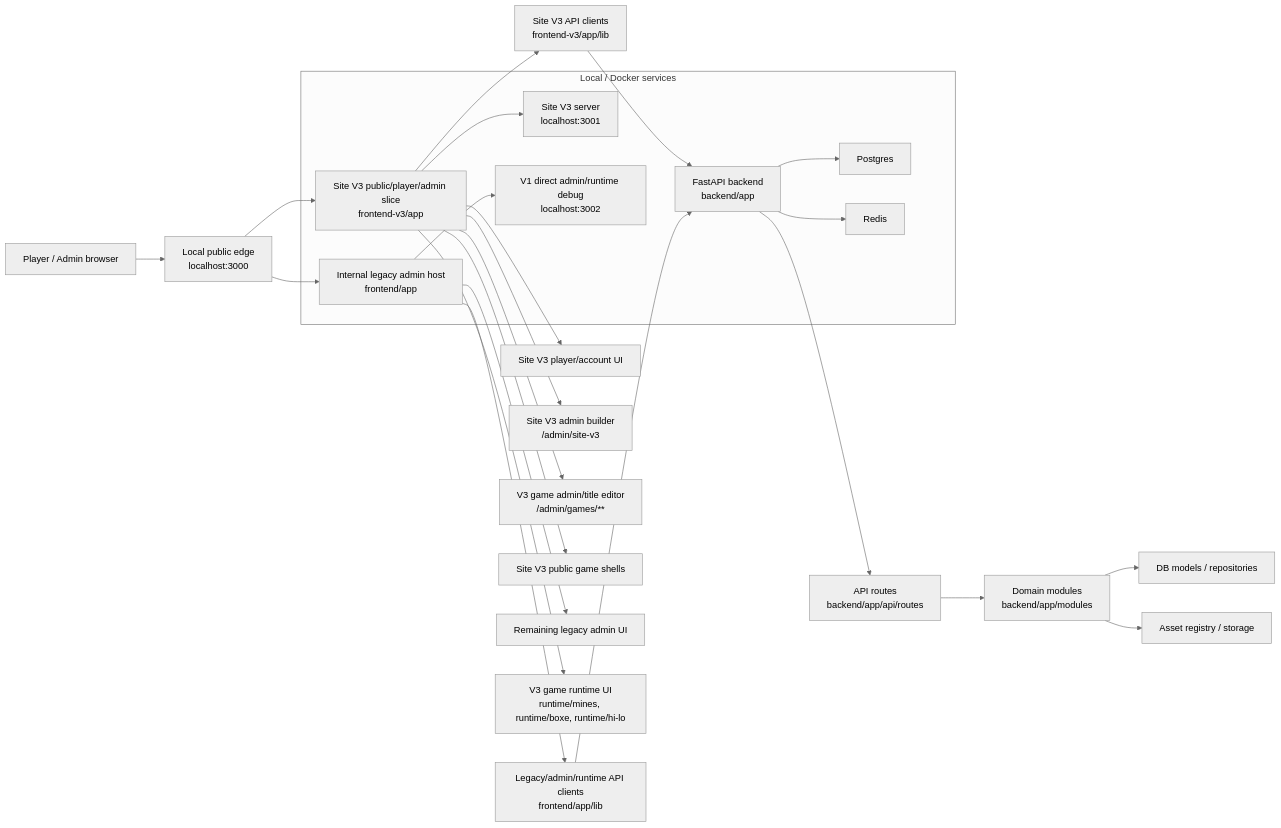
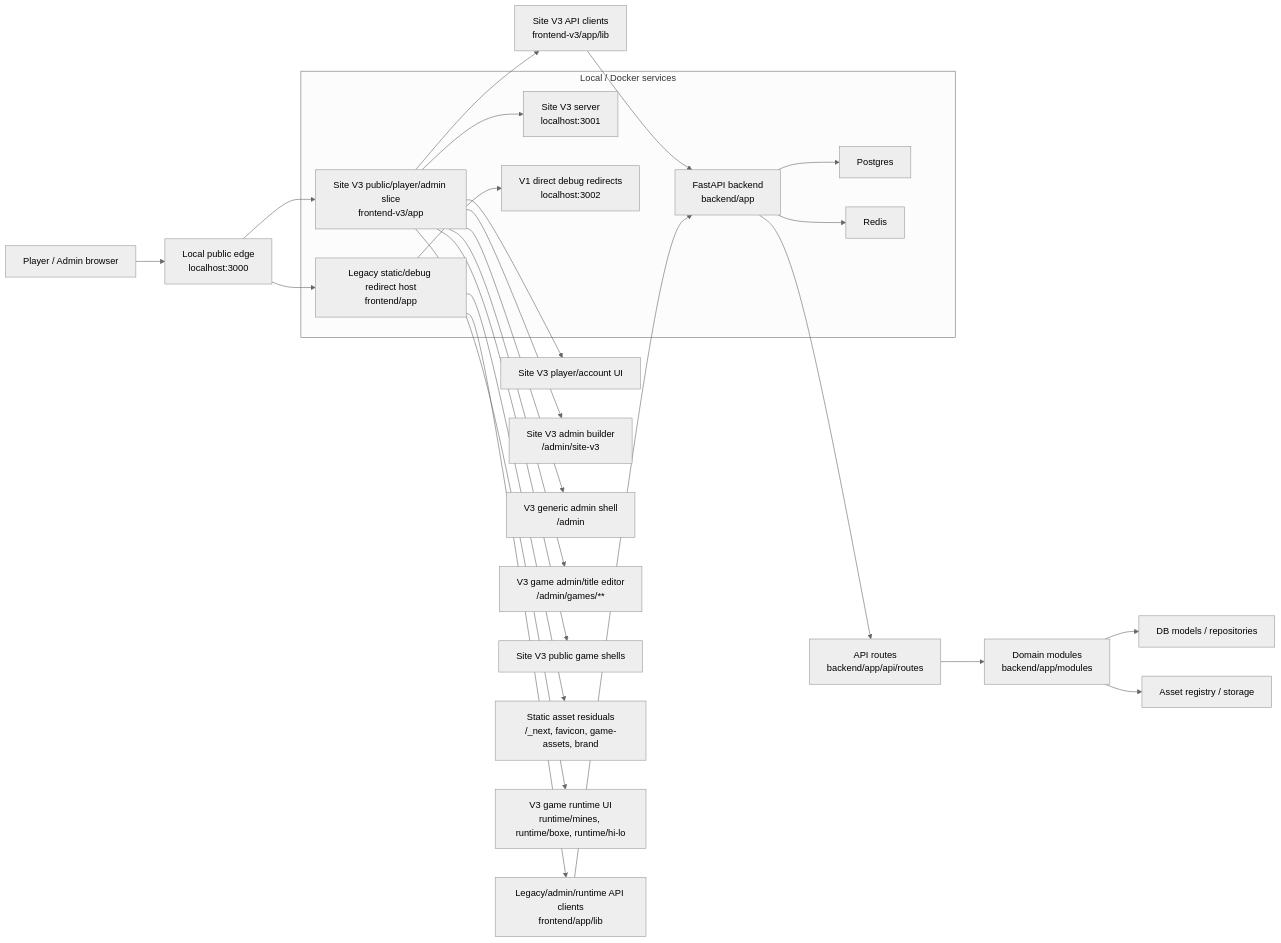
One commit to moromike/casinoking-platform changed the first of 11 diagrams in docs/CODE_ARCHITECTURE_MERMAID_MAP_2026-05-22.md. Above: the diagram before and after it, drawn with Mermaid (neutral theme). The commit also changed other lines of this file and 35 other files, not shown here.

Commit message:
feat(site-v3): move generic admin to v3

````diff
--- a/docs/CODE_ARCHITECTURE_MERMAID_MAP_2026-05-22.md
+++ b/docs/CODE_ARCHITECTURE_MERMAID_MAP_2026-05-22.md
@@ -25,29 +25,30 @@
 ```mermaid
 flowchart LR
   User["Player / Admin browser"] --> Edge["Local public edge<br/>localhost:3000"]
   Edge --> FEv3["Site V3 public/player/admin slice<br/>frontend-v3/app"]
-  Edge --> FEv1["Internal legacy admin host<br/>frontend/app"]
+  Edge --> FEv1["Legacy static/debug redirect host<br/>frontend/app"]
   FEv3 --> APIClientV3["Site V3 API clients<br/>frontend-v3/app/lib"]
   FEv1 --> APIClientV1["Legacy/admin/runtime API clients<br/>frontend/app/lib"]
   APIClientV3 --> BE["FastAPI backend<br/>backend/app"]
   APIClientV1 --> BE
 
   subgraph Docker["Local / Docker services"]
     BE --> PG["Postgres"]
     BE --> Redis["Redis"]
     FEv3 --> NextV3["Site V3 server<br/>localhost:3001"]
-    FEv1 --> NextV1["V1 direct admin/runtime debug<br/>localhost:3002"]
+    FEv1 --> NextV1["V1 direct debug redirects<br/>localhost:3002"]
   end
 
   BE --> Routes["API routes<br/>backend/app/api/routes"]
   Routes --> Modules["Domain modules<br/>backend/app/modules"]
   Modules --> DB["DB models / repositories"]
   Modules --> Assets["Asset registry / storage"]
 
   FEv3 --> PlayerUI["Site V3 player/account UI"]
   FEv3 --> SiteV3AdminUI["Site V3 admin builder<br/>/admin/site-v3"]
+  FEv3 --> GenericAdminUI["V3 generic admin shell<br/>/admin"]
   FEv3 --> GameAdminUI["V3 game admin/title editor<br/>/admin/games/**"]
   FEv3 --> GameShellUI["Site V3 public game shells"]
-  FEv1 --> AdminUI["Remaining legacy admin UI"]
+  FEv1 --> StaticResidual["Static asset residuals<br/>/_next, favicon, game-assets, brand"]
   FEv3 --> RuntimeUI["V3 game runtime UI<br/>runtime/mines, runtime/boxe, runtime/hi-lo"]
 ```
````
